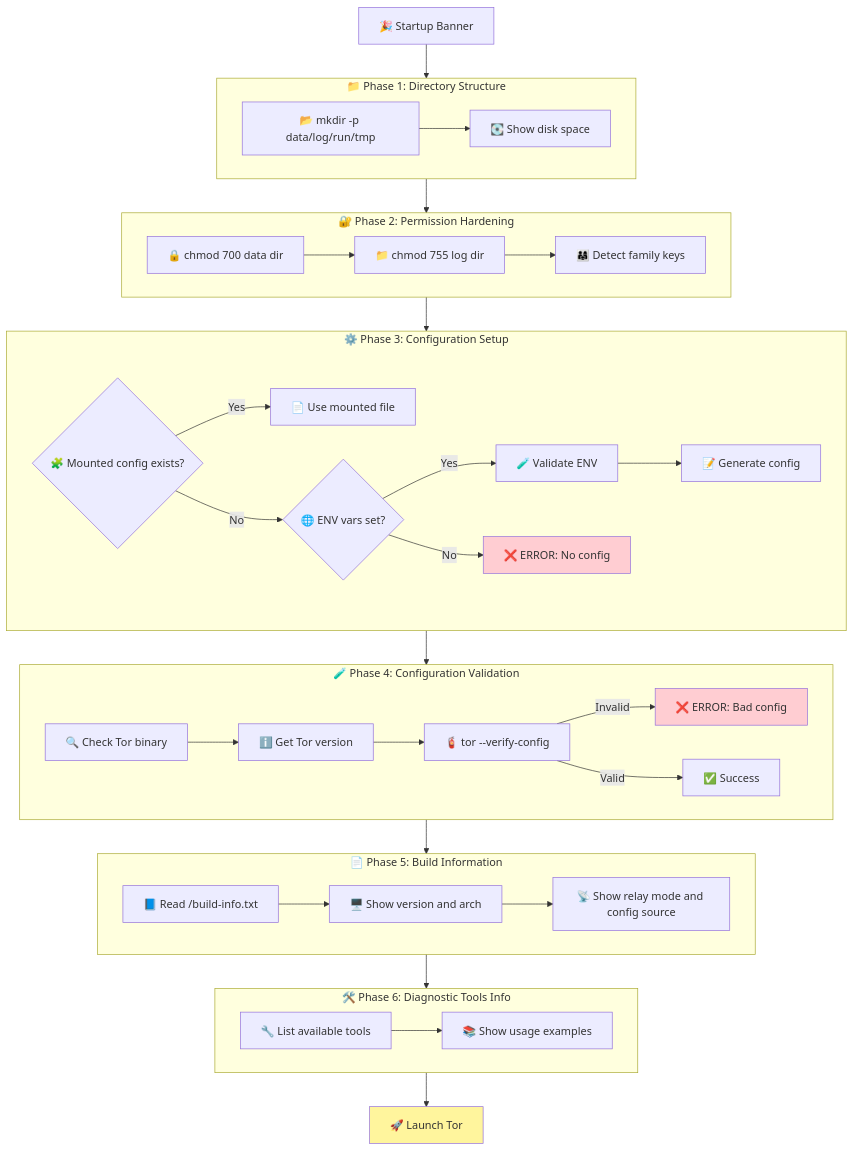
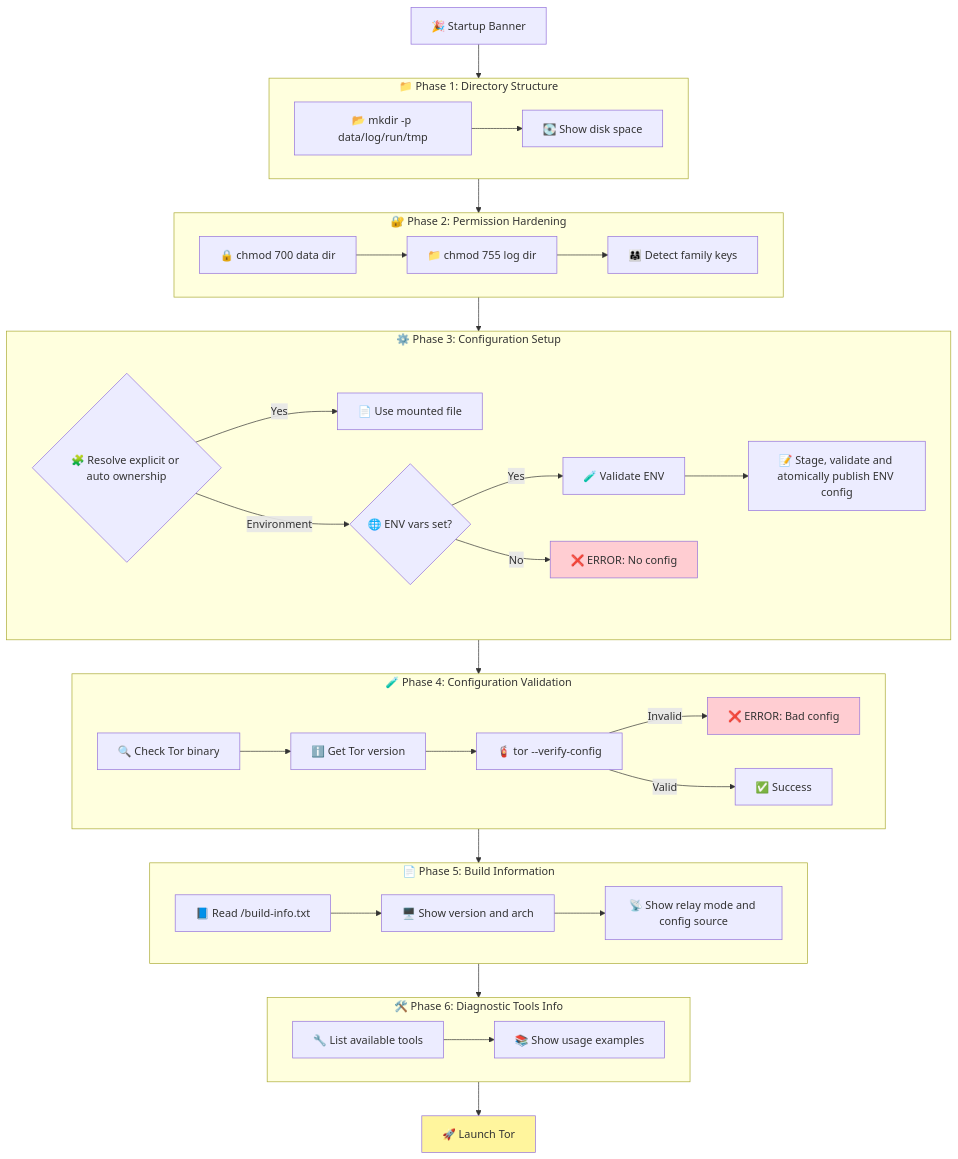
One commit to r3bo0tbx1/tor-guard-relay changed the second of 15 diagrams in docs/ARCHITECTURE.md. Above: the diagram before and after it, drawn with Mermaid. The commit also changed other lines of this file and 87 other files, not shown here.

````diff
--- a/docs/ARCHITECTURE.md
+++ b/docs/ARCHITECTURE.md
@@ -91,47 +109,47 @@
 ```mermaid
 flowchart TD
     Banner[🎉 Startup Banner] --> P1
 
     subgraph P1["📁 Phase 1: Directory Structure"]
         P1_1[📂 mkdir -p data/log/run/tmp] --> P1_2[💽 Show disk space]
     end
 
     subgraph P2["🔐 Phase 2: Permission Hardening"]
         P2_1[🔒 chmod 700 data dir] --> P2_2[📁 chmod 755 log dir]
         P2_2 --> P2_3[👨‍👩‍👧 Detect family keys]
     end
 
     subgraph P3["⚙️ Phase 3: Configuration Setup"]
-        P3_1{🧩 Mounted config exists?} -->|Yes| P3_2[📄 Use mounted file]
-        P3_1 -->|No| P3_3{🌐 ENV vars set?}
-        P3_3 -->|Yes| P3_4[🧪 Validate ENV] --> P3_5[📝 Generate config]
+        P3_1{🧩 Resolve explicit or auto ownership} -->|Yes| P3_2[📄 Use mounted file]
+        P3_1 -->|Environment| P3_3{🌐 ENV vars set?}
+        P3_3 -->|Yes| P3_4[🧪 Validate ENV] --> P3_5[📝 Stage, validate and atomically publish ENV config]
         P3_3 -->|No| P3_6[❌ ERROR: No config]
     end
 
     subgraph P4["🧪 Phase 4: Configuration Validation"]
         P4_1[🔍 Check Tor binary] --> P4_2[ℹ️ Get Tor version]
         P4_2 --> P4_3[🧯 tor --verify-config]
         P4_3 -->|Invalid| P4_4[❌ ERROR: Bad config]
         P4_3 -->|Valid| P4_5[✅ Success]
     end
 
     subgraph P5["📄 Phase 5: Build Information"]
         P5_1[📘 Read /build-info.txt] --> P5_2[🖥️ Show version and arch]
         P5_2 --> P5_3[📡 Show relay mode and config source]
     end
 
     subgraph P6["🛠️ Phase 6: Diagnostic Tools Info"]
         P6_1[🔧 List available tools] --> P6_2[📚 Show usage examples]
     end
 
     P1 --> P2
     P2 --> P3
     P3 --> P4
     P4 --> P5
     P5 --> P6
     P6 --> Launch[🚀 Launch Tor]
 
     style P3_6 fill:#ffcdd2
     style P4_4 fill:#ffcdd2
     style Launch fill:#fff59d
 ```
````
